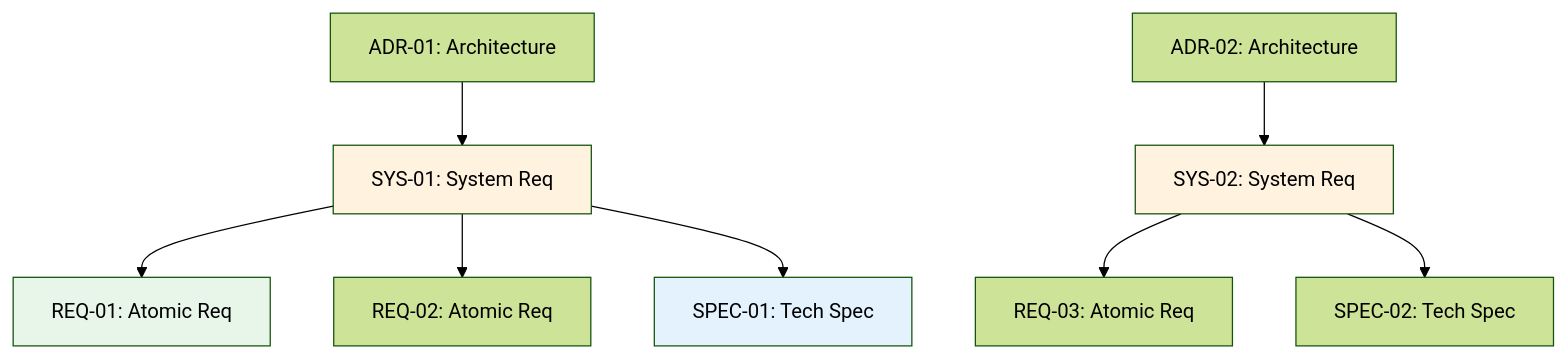
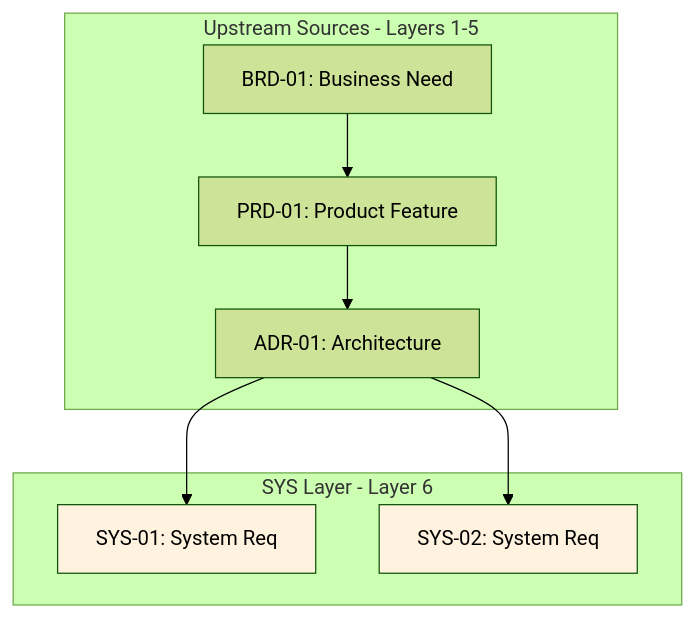
Before and after one commit to vladm3105/aidoc-flow-framework: the diagram in ai_dev_flow/SYS/SYS-000_TRACEABILITY_MATRIX-TEMPLATE.md, drawn with Mermaid (forest theme). The commit also changed other lines of this file and 6 other files, not shown here.

First line of the commit message:
docs: refactor ADR traceability matrix to upstream-only focus

````diff
--- a/ai_dev_flow/SYS/SYS-000_TRACEABILITY_MATRIX-TEMPLATE.md
+++ b/ai_dev_flow/SYS/SYS-000_TRACEABILITY_MATRIX-TEMPLATE.md
@@ -240,17 +257,21 @@
 ```mermaid
 graph TD
-    ADR001[ADR-01: Architecture] --> SYS001[SYS-01: System Req]
-    ADR002[ADR-02: Architecture] --> SYS002[SYS-02: System Req]
+    subgraph Upstream[Upstream Sources - Layers 1-5]
+        BRD001[BRD-01: Business Need]
+        PRD001[PRD-01: Product Feature]
+        ADR001[ADR-01: Architecture]
+    end
 
-    SYS001 --> REQ01[REQ-01: Atomic Req]
-    SYS001 --> REQ02[REQ-02: Atomic Req]
-    SYS001 --> SPEC01[SPEC-01: Tech Spec]
+    subgraph Current[SYS Layer - Layer 6]
+        SYS001[SYS-01: System Req]
+        SYS002[SYS-02: System Req]
+    end
 
-    SYS002 --> REQ03[REQ-03: Atomic Req]
-    SYS002 --> SPEC002[SPEC-02: Tech Spec]
+    BRD001 --> PRD001
+    PRD001 --> ADR001
+    ADR001 --> SYS001
+    ADR001 --> SYS002
 
     style SYS001 fill:#fff3e0
     style SYS002 fill:#fff3e0
-    style REQ01 fill:#e8f5e9
-    style SPEC01 fill:#e3f2fd
 ```
````
